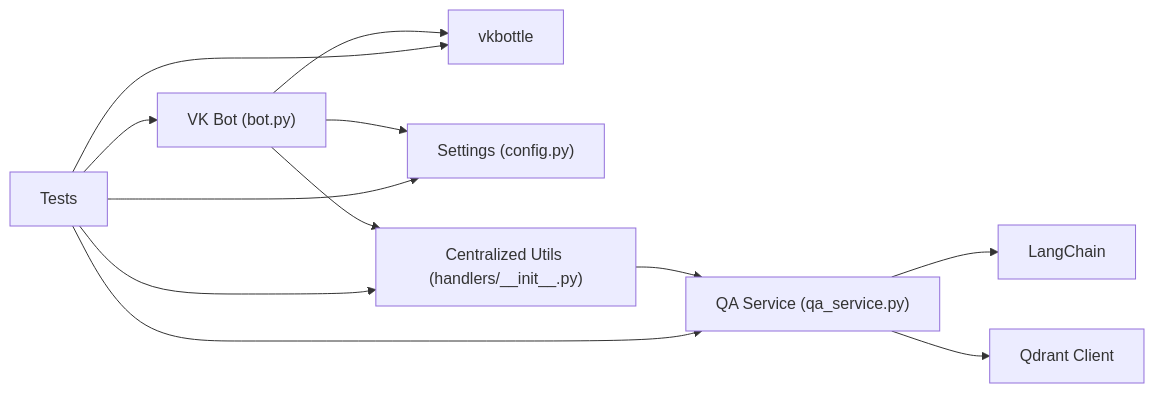
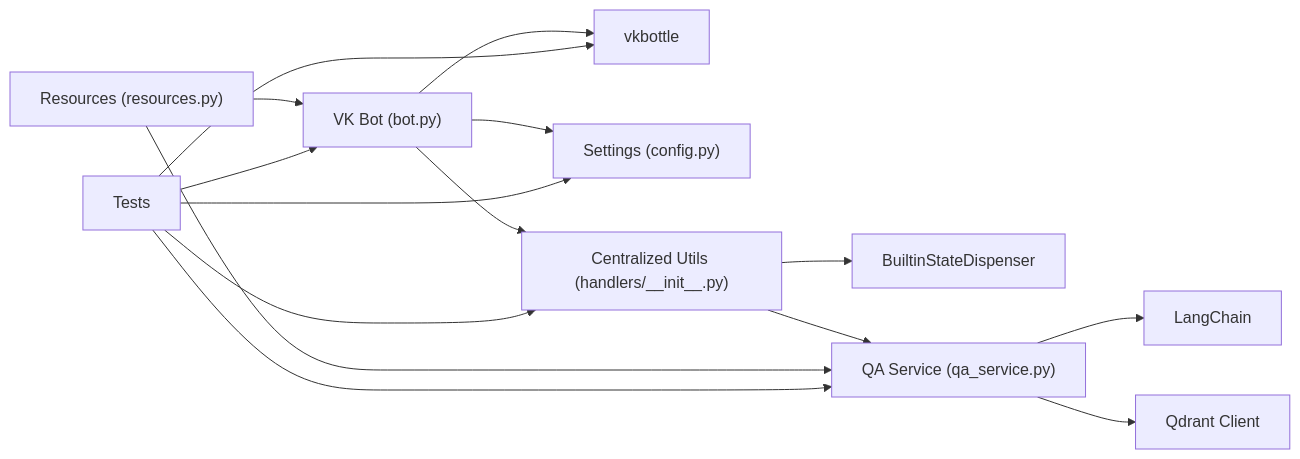
Before and after one commit to ognelis/cafetera_hr_bot: diagram 12 of 12 in .qoder/repowiki/en/content/VK Integration/VK Integration.md, drawn with Mermaid. The commit also changed other lines of this file and 14 other files, not shown here.

````diff
--- a/.qoder/repowiki/en/content/VK Integration/VK Integration.md
+++ b/.qoder/repowiki/en/content/VK Integration/VK Integration.md
@@ -519,14 +644,17 @@
 ```mermaid
 graph LR
 VKBot["VK Bot (bot.py)"] --> VKFw["vkbottle"]
 VKBot --> Cfg["Settings (config.py)"]
 VKBot --> Utils["Centralized Utils (handlers/__init__.py)"]
+Utils --> SD["BuiltinStateDispenser"]
 Utils --> QA["QA Service (qa_service.py)"]
 QA --> LangChain["LangChain"]
 QA --> Qdrant["Qdrant Client"]
+Resources["Resources (resources.py)"] --> VKBot
+Resources --> QA
 Tests["Tests"] --> VKBot
 Tests --> Utils
 Tests --> QA
 Tests --> VKFw
 Tests --> Cfg
 ```
````
